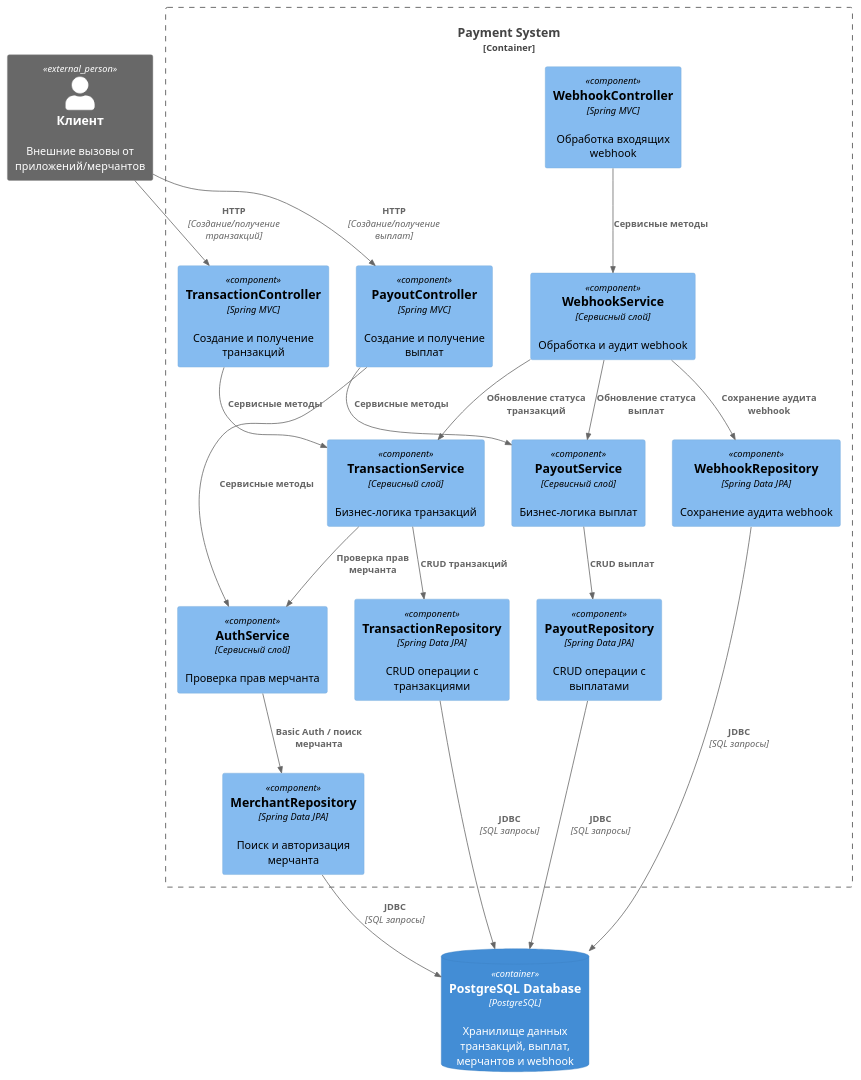
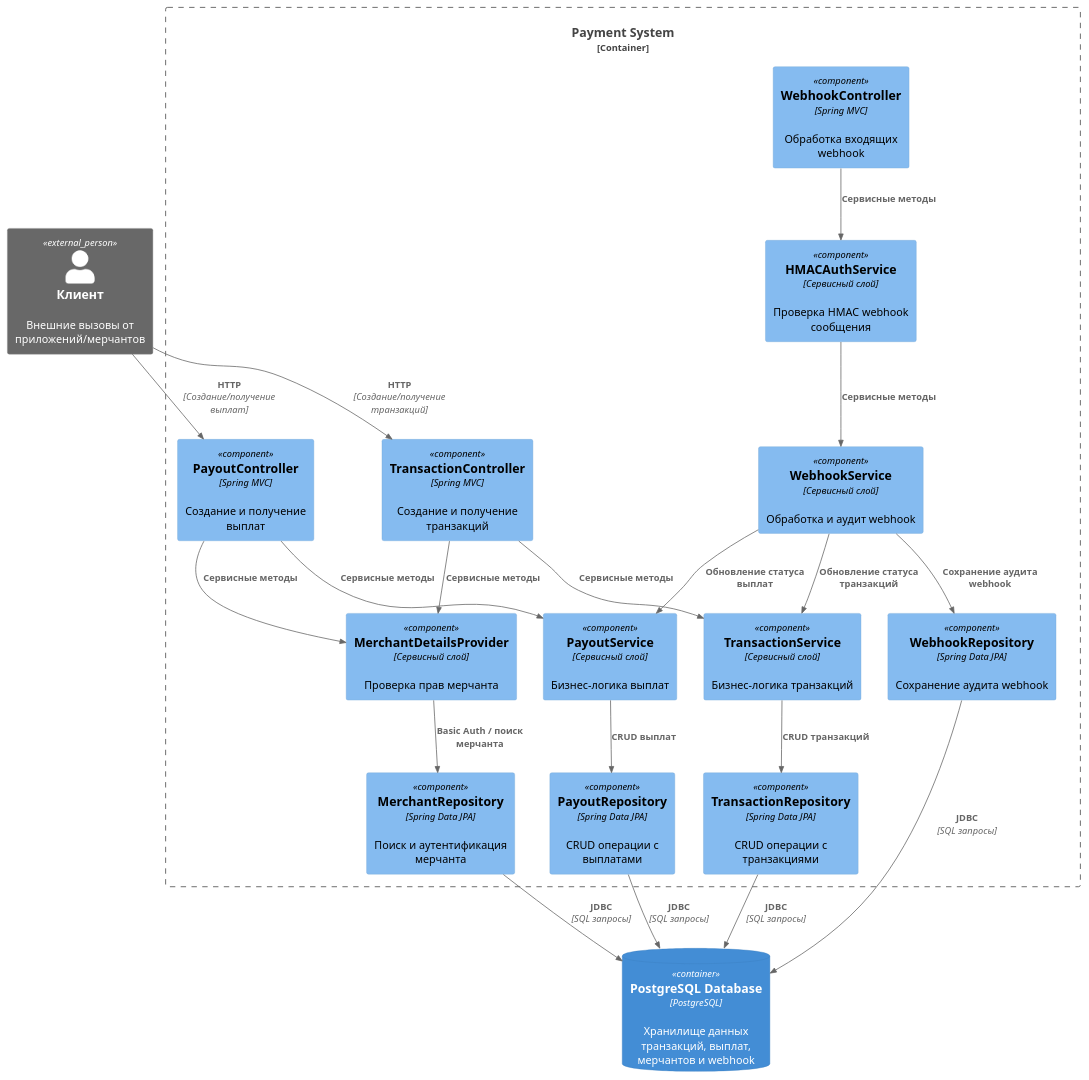
The diagram in diagrams/module_5/component_diagram_m5.puml (ubivza/payment-system), drawn with PlantUML before and after one commit.

Commit message:
component diagram refactoring

```diff
--- a/diagrams/module_5/component_diagram_m5.puml
+++ b/diagrams/module_5/component_diagram_m5.puml
@@ -1,60 +1,61 @@
 @startuml
 !include https://raw.githubusercontent.com/plantuml-stdlib/C4-PlantUML/master/C4_Component.puml
 
 ' Компонентная диаграмма платежного сервиса
 
 Person_Ext(client, "Клиент", "Внешние вызовы от приложений/мерчантов")
 
 Container_Boundary(payment_system, "Payment System") {
     ' Контроллеры
     Component(transaction_controller, "TransactionController", "Spring MVC", "Создание и получение транзакций")
     Component(payout_controller, "PayoutController", "Spring MVC", "Создание и получение выплат")
     Component(webhook_controller, "WebhookController", "Spring MVC", "Обработка входящих webhook")
 
     ' Сервисы
     Component(transaction_service, "TransactionService", "Сервисный слой", "Бизнес-логика транзакций")
     Component(payout_service, "PayoutService", "Сервисный слой", "Бизнес-логика выплат")
     Component(webhook_service, "WebhookService", "Сервисный слой", "Обработка и аудит webhook")
-    Component(auth_service, "AuthService", "Сервисный слой", "Проверка прав мерчанта")
+    Component(merchant_auth_service, "MerchantDetailsProvider", "Сервисный слой", "Проверка прав мерчанта")
+    Component(webhhok_auth_service, "HMACAuthService", "Сервисный слой", "Проверка HMAC webhook сообщения")
 
     ' Репозитории
     Component(transaction_repo, "TransactionRepository", "Spring Data JPA", "CRUD операции с транзакциями")
     Component(payout_repo, "PayoutRepository", "Spring Data JPA", "CRUD операции с выплатами")
     Component(webhook_repo, "WebhookRepository", "Spring Data JPA", "Сохранение аудита webhook")
-    Component(merchant_repo, "MerchantRepository", "Spring Data JPA", "Поиск и авторизация мерчанта")
+    Component(merchant_repo, "MerchantRepository", "Spring Data JPA", "Поиск и аутентификация мерчанта")
 }
 
 ContainerDb(db, "PostgreSQL Database", "PostgreSQL", "Хранилище данных транзакций, выплат, мерчантов и webhook")
 
 ' Внешние связи
 Rel(client, transaction_controller, "HTTP", "Создание/получение транзакций")
 Rel(client, payout_controller, "HTTP", "Создание/получение выплат")
 
 ' Контроллеры -> Сервисы
 Rel(transaction_controller, transaction_service, "Сервисные методы")
 Rel(payout_controller, payout_service, "Сервисные методы")
-Rel(payout_controller, auth_service, "Сервисные методы")
-Rel(webhook_controller, webhook_service, "Сервисные методы")
+Rel(payout_controller, merchant_auth_service, "Сервисные методы")
+Rel(webhook_controller, webhhok_auth_service, "Сервисные методы")
+Rel(webhhok_auth_service, webhook_service, "Сервисные методы")
+
+Rel(transaction_controller, merchant_auth_service, "Сервисные методы")
 
 ' Сервисы -> Репозитории
 Rel(transaction_service, transaction_repo, "CRUD транзакций")
 Rel(payout_service, payout_repo, "CRUD выплат")
 Rel(webhook_service, webhook_repo, "Сохранение аудита webhook")
 
 ' Webhook обновляет статусы транзакций/выплат
 Rel(webhook_service, transaction_service, "Обновление статуса транзакций")
 Rel(webhook_service, payout_service, "Обновление статуса выплат")
 
-' Сервисы -> Auth
-Rel(transaction_service, auth_service, "Проверка прав мерчанта")
-
 ' Auth -> Merchant Repository
-Rel(auth_service, merchant_repo, "Basic Auth / поиск мерчанта")
+Rel(merchant_auth_service, merchant_repo, "Basic Auth / поиск мерчанта")
 
 ' Репозитории -> База данных
 Rel(transaction_repo, db, "JDBC", "SQL запросы")
 Rel(payout_repo, db, "JDBC", "SQL запросы")
 Rel(webhook_repo, db, "JDBC", "SQL запросы")
 Rel(merchant_repo, db, "JDBC", "SQL запросы")
 
 @enduml
```
